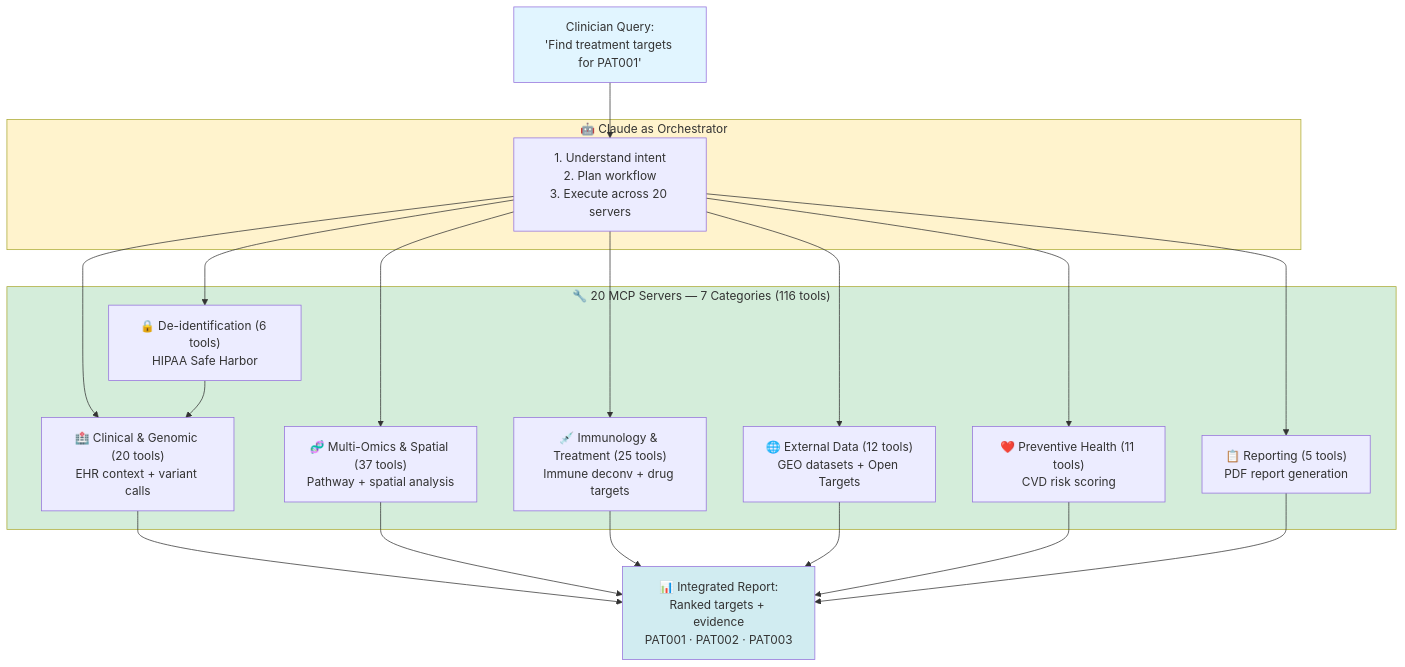
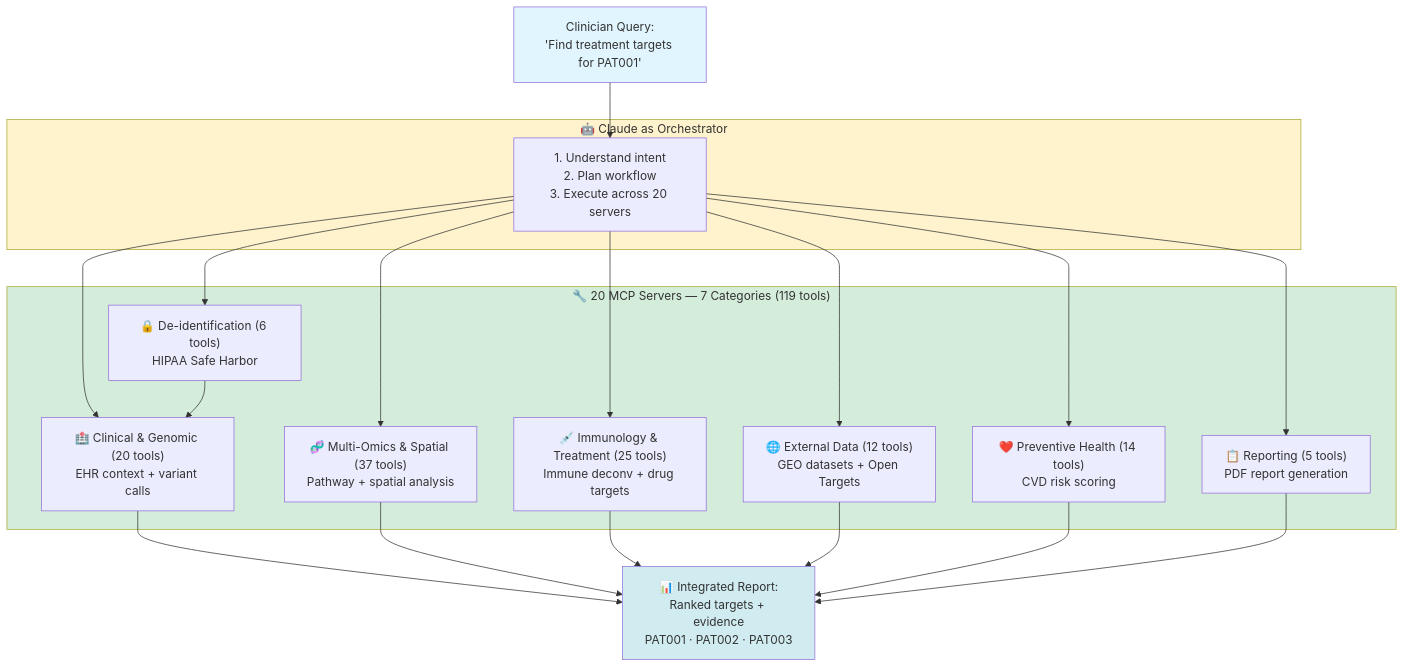
One commit to lynnlangit/spatial-mcp changed the first of 2 diagrams in docs/reference/architecture/WHY_MCP_FOR_HEALTHCARE.md. Above: the diagram before and after it, drawn with Mermaid. The commit also changed other lines of this file and 8 other files, not shown here.

````diff
--- a/docs/reference/architecture/WHY_MCP_FOR_HEALTHCARE.md
+++ b/docs/reference/architecture/WHY_MCP_FOR_HEALTHCARE.md
@@ -67,41 +67,41 @@
 ```mermaid
 graph TD
     USER["Clinician Query:<br/>'Find treatment targets for PAT001'"]
 
     subgraph Claude["🤖 Claude as Orchestrator"]
         PLAN["1. Understand intent<br/>2. Plan workflow<br/>3. Execute across 20 servers"]
     end
 
-    subgraph Servers["🔧 20 MCP Servers — 7 Categories (116 tools)"]
+    subgraph Servers["🔧 20 MCP Servers — 7 Categories (119 tools)"]
         STAGE0["🔒 De-identification (6 tools)<br/>HIPAA Safe Harbor"]
         CLINICAL["🏥 Clinical & Genomic (20 tools)<br/>EHR context + variant calls"]
         OMICS["🧬 Multi-Omics & Spatial (37 tools)<br/>Pathway + spatial analysis"]
         IMMUNO["💉 Immunology & Treatment (25 tools)<br/>Immune deconv + drug targets"]
         EXTDATA["🌐 External Data (12 tools)<br/>GEO datasets + Open Targets"]
-        PREVENT["❤️ Preventive Health (11 tools)<br/>CVD risk scoring"]
+        PREVENT["❤️ Preventive Health (14 tools)<br/>CVD risk scoring"]
         REPORT["📋 Reporting (5 tools)<br/>PDF report generation"]
     end
 
     RESULT["📊 Integrated Report:<br/>Ranked targets + evidence<br/>PAT001 · PAT002 · PAT003"]
 
     USER --> PLAN
     PLAN --> STAGE0
     PLAN --> CLINICAL
     PLAN --> OMICS
     PLAN --> IMMUNO
     PLAN --> EXTDATA
     PLAN --> PREVENT
     PLAN --> REPORT
     STAGE0 --> CLINICAL
     CLINICAL --> RESULT
     OMICS --> RESULT
     IMMUNO --> RESULT
     EXTDATA --> RESULT
     PREVENT --> RESULT
     REPORT --> RESULT
 
     style USER fill:#e1f5ff
     style Claude fill:#fff3cd
     style Servers fill:#d4edda
     style RESULT fill:#d1ecf1
 ```
````
